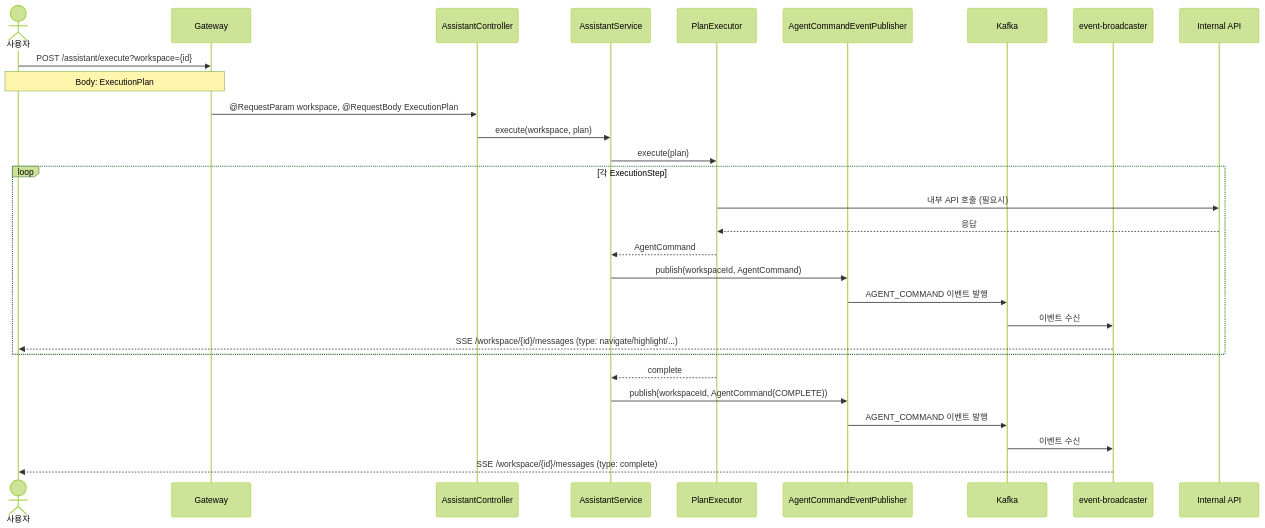
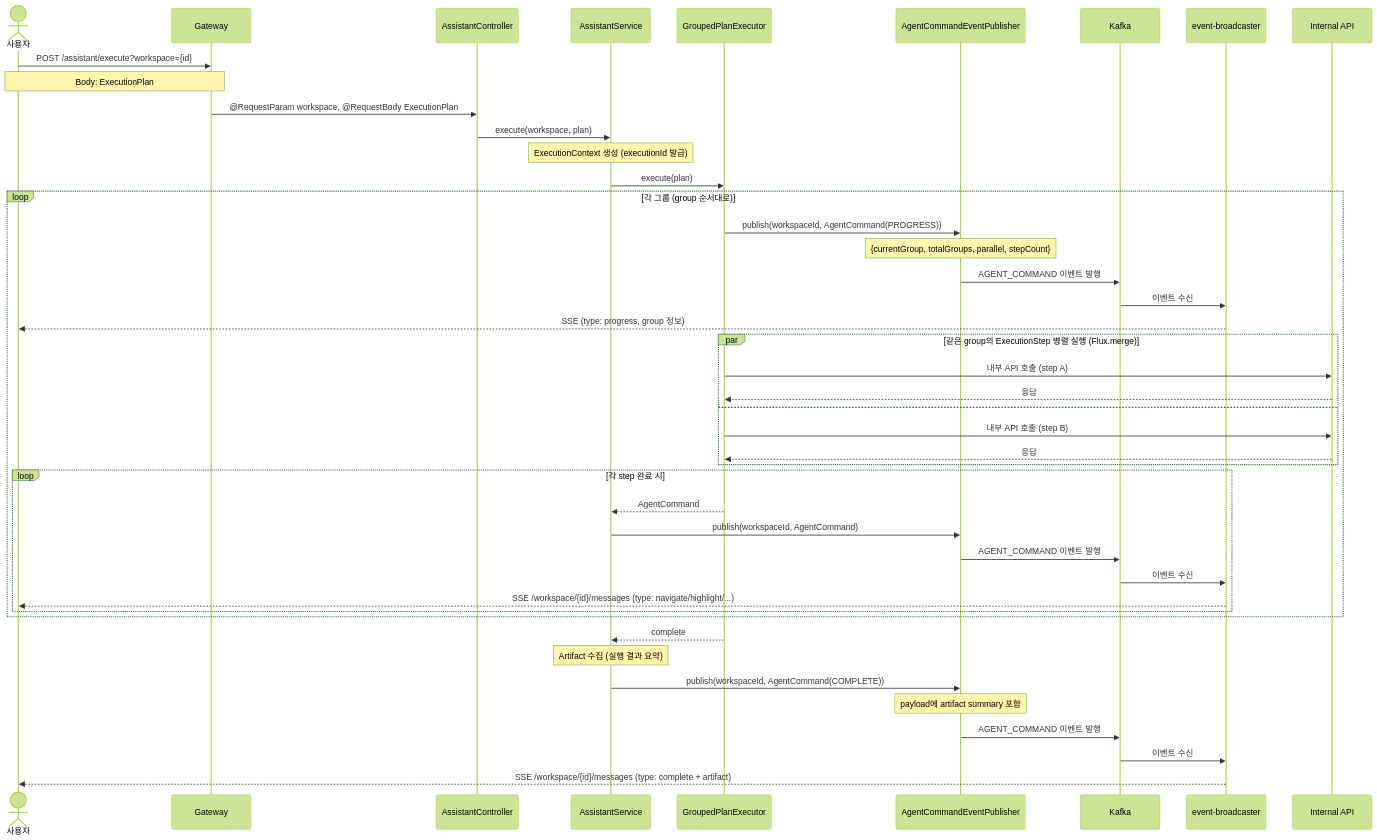
The third of 13 diagrams in assistant/USECASE.md (sayaya1090/handbook), drawn with Mermaid (forest theme) before and after one commit. The commit also changed other lines of this file and 311 other files, not shown here.

````diff
--- a/assistant/USECASE.md
+++ b/assistant/USECASE.md
@@ -62,34 +63,51 @@
 ```mermaid
 sequenceDiagram
     actor User as 사용자
     participant GW as Gateway
     participant Ctrl as AssistantController
     participant Svc as AssistantService
-    participant Exec as PlanExecutor
+    participant Exec as GroupedPlanExecutor
     participant Pub as AgentCommandEventPublisher
     participant K as Kafka
     participant EB as event-broadcaster
     participant API as Internal API
 
     User->>GW: POST /assistant/execute?workspace={id}
     Note over User,GW: Body: ExecutionPlan
     GW->>Ctrl: @RequestParam workspace, @RequestBody ExecutionPlan
     Ctrl->>Svc: execute(workspace, plan)
+    Note over Svc: ExecutionContext 생성 (executionId 발급)
     Svc->>Exec: execute(plan)
 
-    loop 각 ExecutionStep
-        Exec->>API: 내부 API 호출 (필요시)
-        API-->>Exec: 응답
-        Exec-->>Svc: AgentCommand
-        Svc->>Pub: publish(workspaceId, AgentCommand)
+    loop 각 그룹 (group 순서대로)
+        Exec->>Pub: publish(workspaceId, AgentCommand(PROGRESS))
+        Note over Pub: {currentGroup, totalGroups, parallel, stepCount}
         Pub->>K: AGENT_COMMAND 이벤트 발행
         K->>EB: 이벤트 수신
-        EB-->>User: SSE /workspace/{id}/messages (type: navigate/highlight/...)
+        EB-->>User: SSE (type: progress, group 정보)
+
+        par 같은 group의 ExecutionStep 병렬 실행 (Flux.merge)
+            Exec->>API: 내부 API 호출 (step A)
+            API-->>Exec: 응답
+        and
+            Exec->>API: 내부 API 호출 (step B)
+            API-->>Exec: 응답
+        end
+
+        loop 각 step 완료 시
+            Exec-->>Svc: AgentCommand
+            Svc->>Pub: publish(workspaceId, AgentCommand)
+            Pub->>K: AGENT_COMMAND 이벤트 발행
+            K->>EB: 이벤트 수신
+            EB-->>User: SSE /workspace/{id}/messages (type: navigate/highlight/...)
+        end
     end
 
     Exec-->>Svc: complete
+    Note over Svc: Artifact 수집 (실행 결과 요약)
     Svc->>Pub: publish(workspaceId, AgentCommand(COMPLETE))
+    Note over Pub: payload에 artifact summary 포함
     Pub->>K: AGENT_COMMAND 이벤트 발행
     K->>EB: 이벤트 수신
-    EB-->>User: SSE /workspace/{id}/messages (type: complete)
+    EB-->>User: SSE /workspace/{id}/messages (type: complete + artifact)
 ```
````
